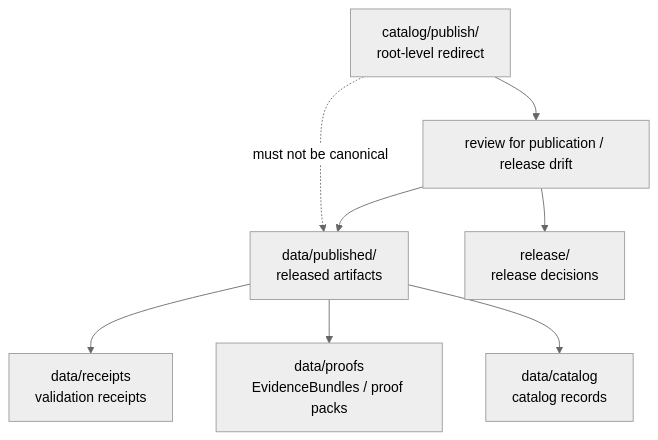
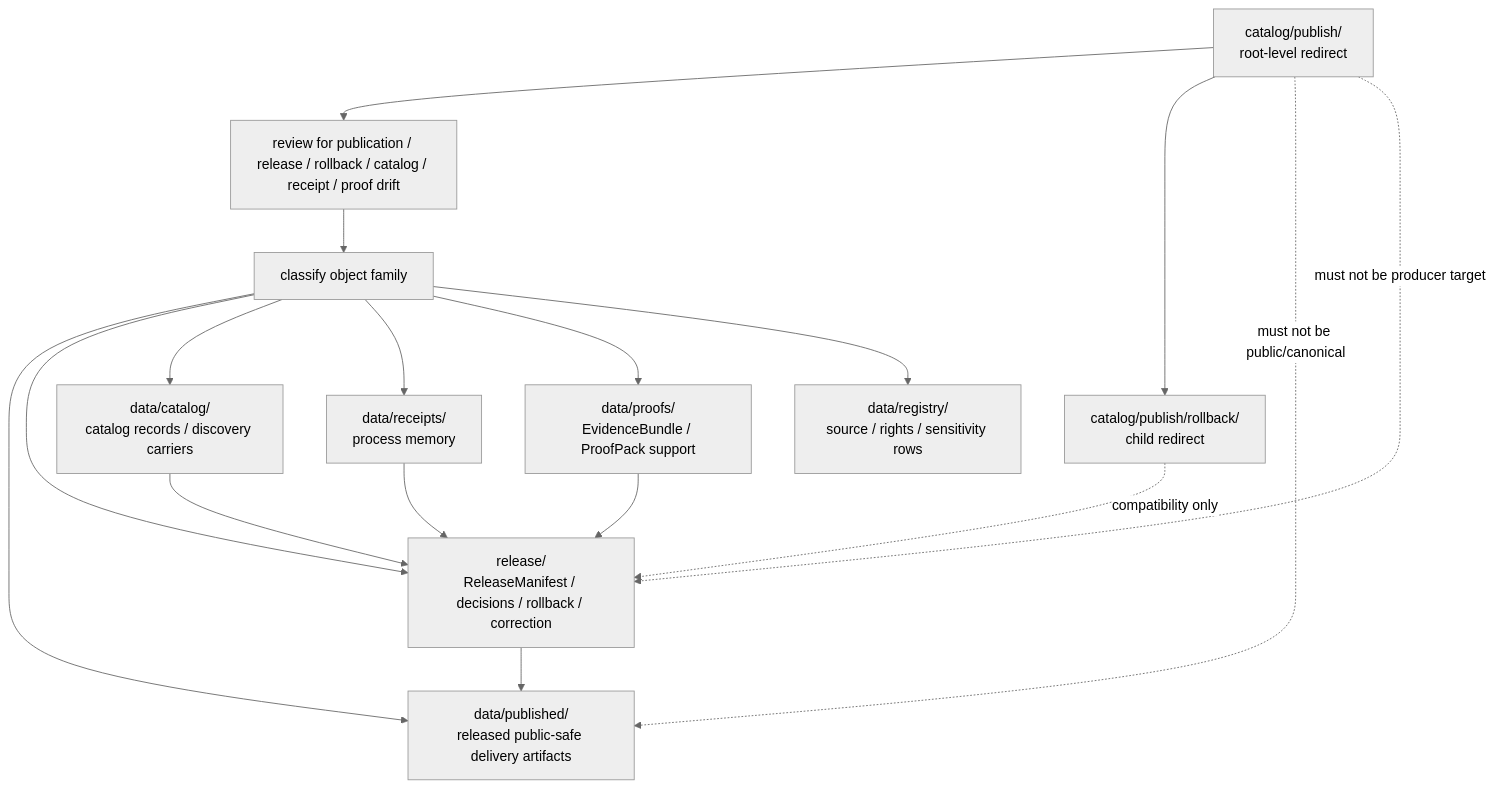
One commit to bartytime4life/Kansas-Frontier-Matrix changed the diagram in catalog/publish/README.md. Above: the diagram before and after it, drawn with Mermaid (neutral theme). The commit also changed other lines of this file, not shown here.

Commit message:
docs: update catalog publish redirect readme

````diff
--- a/catalog/publish/README.md
+++ b/catalog/publish/README.md
@@ -167,10 +290,19 @@
 ```mermaid
 flowchart TD
-    wrong["catalog/publish/\nroot-level redirect"] --> review["review for publication / release drift"]
-    review --> published["data/published/\nreleased artifacts"]
-    review --> release["release/\nrelease decisions"]
-    published --> receipts["data/receipts\nvalidation receipts"]
-    published --> proofs["data/proofs\nEvidenceBundles / proof packs"]
-    published --> catalog["data/catalog\ncatalog records"]
-    wrong -. "must not be canonical" .-> published
+    wrong["catalog/publish/\nroot-level redirect"] --> review["review for publication / release / rollback / catalog / receipt / proof drift"]
+    review --> classify["classify object family"]
+    classify --> published["data/published/\nreleased public-safe delivery artifacts"]
+    classify --> release["release/\nReleaseManifest / decisions / rollback / correction"]
+    classify --> catalog["data/catalog/\ncatalog records / discovery carriers"]
+    classify --> receipts["data/receipts/\nprocess memory"]
+    classify --> proofs["data/proofs/\nEvidenceBundle / ProofPack support"]
+    classify --> registry["data/registry/\nsource / rights / sensitivity rows"]
+    wrong --> child["catalog/publish/rollback/\nchild redirect"]
+    child -. "compatibility only" .-> release
+    catalog --> release
+    receipts --> release
+    proofs --> release
+    release --> published
+    wrong -. "must not be public/canonical" .-> published
+    wrong -. "must not be producer target" .-> release
 ```
````
